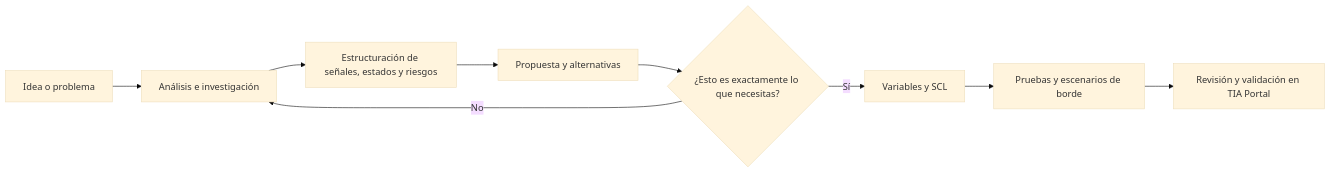
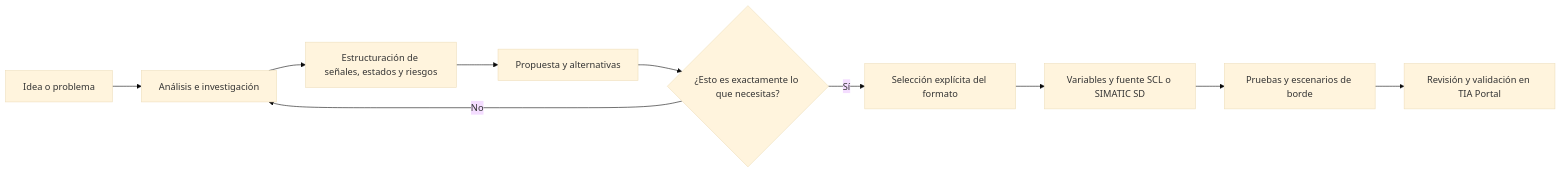
One commit to ADsockets/siemens-tia-engineering-assistant changed the first of 4 diagrams in README.md. Above: the diagram before and after it, drawn with Mermaid (base theme). The commit also changed other lines of this file and 13 other files, not shown here.

````diff
--- a/README.md
+++ b/README.md
@@ -33,11 +36,12 @@
 ```mermaid
 flowchart LR
     A[Idea o problema] --> B[Análisis e investigación]
     B --> C[Estructuración de señales, estados y riesgos]
     C --> D[Propuesta y alternativas]
     D --> E{¿Esto es exactamente lo que necesitas?}
     E -- No --> B
-    E -- Sí --> F[Variables y SCL]
+    E -- Sí --> I[Selección explícita del formato]
+    I --> F[Variables y fuente SCL o SIMATIC SD]
     F --> G[Pruebas y escenarios de borde]
     G --> H[Revisión y validación en TIA Portal]
 ```
````
